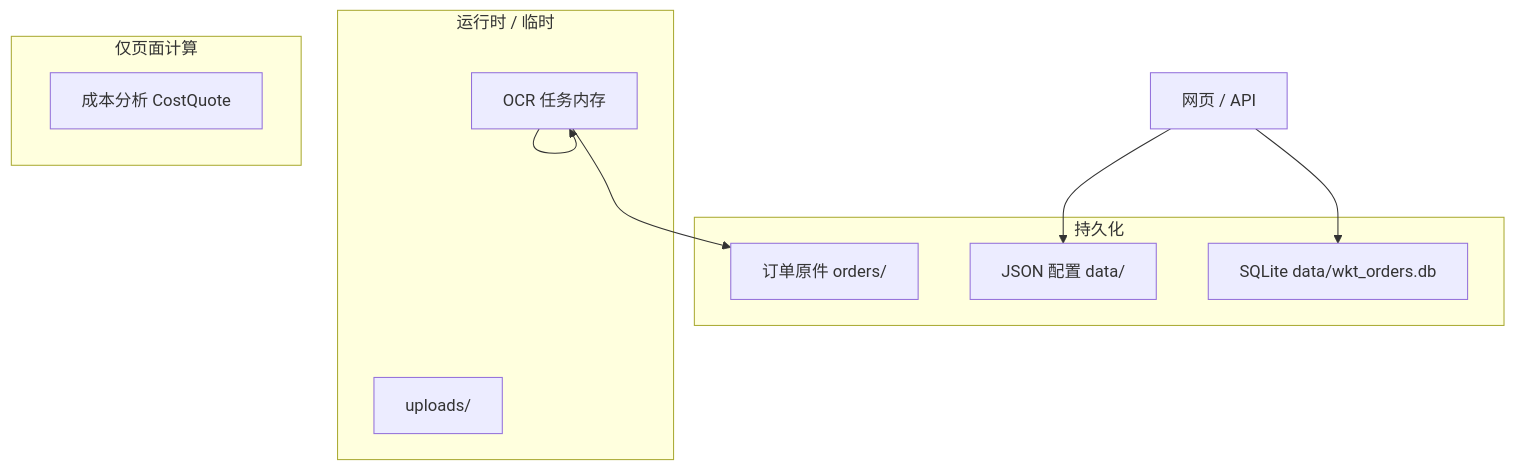
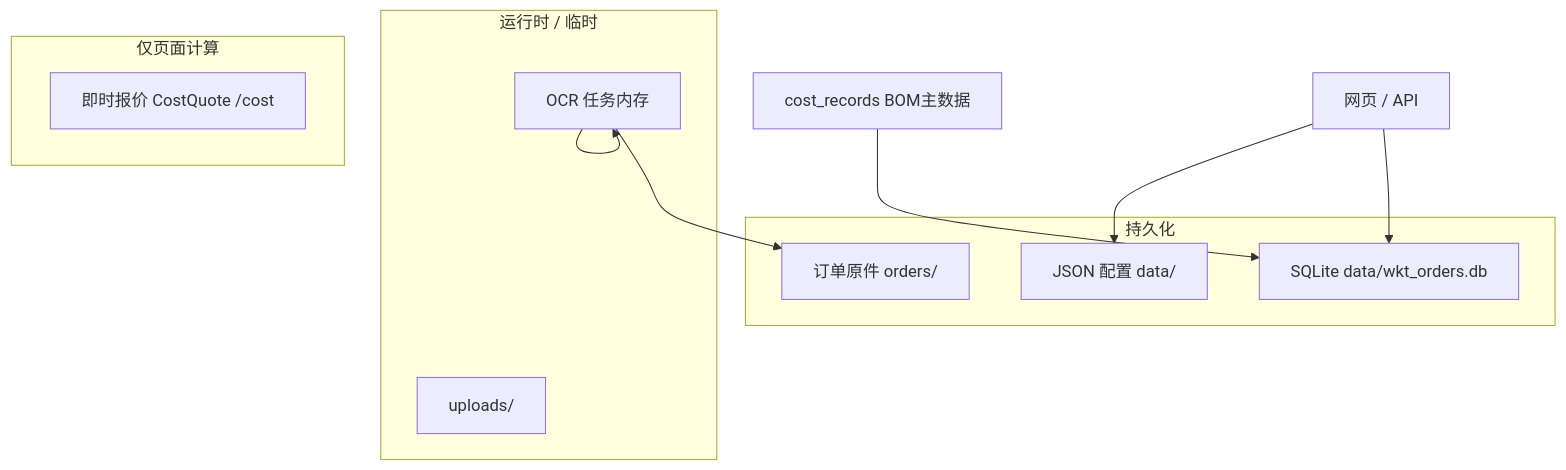
The first of 4 diagrams in docs/architecture/data-model.md (kaybirth628/WKT), drawn with Mermaid before and after one commit. The commit also changed other lines of this file and 171 other files, not shown here.

````diff
--- a/docs/architecture/data-model.md
+++ b/docs/architecture/data-model.md
@@ -20,22 +22,24 @@
 ```mermaid
 flowchart TB
   subgraph persist["持久化"]
     DB["SQLite data/wkt_orders.db"]
     JSON["JSON 配置 data/"]
     ORD["订单原件 orders/"]
   end
 
   subgraph runtime["运行时 / 临时"]
     OCR["OCR 任务内存"]
     UP["uploads/"]
   end
 
   subgraph nopersist["仅页面计算"]
-    COST["成本分析 CostQuote"]
+    COST["即时报价 CostQuote /cost"]
   end
+
+  BOM["cost_records BOM主数据"] --> DB
 
   UI["网页 / API"] --> DB
   UI --> JSON
   OCR --> ORD
   OCR --> OCR
 ```
````
